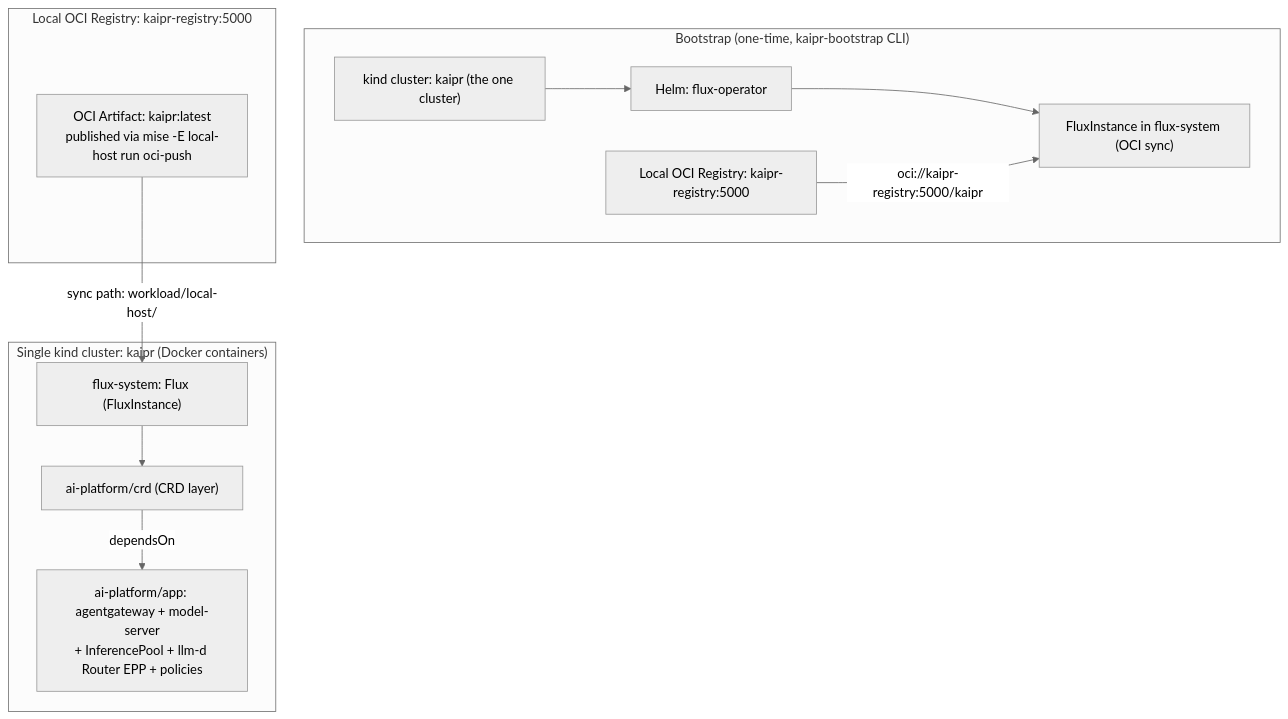
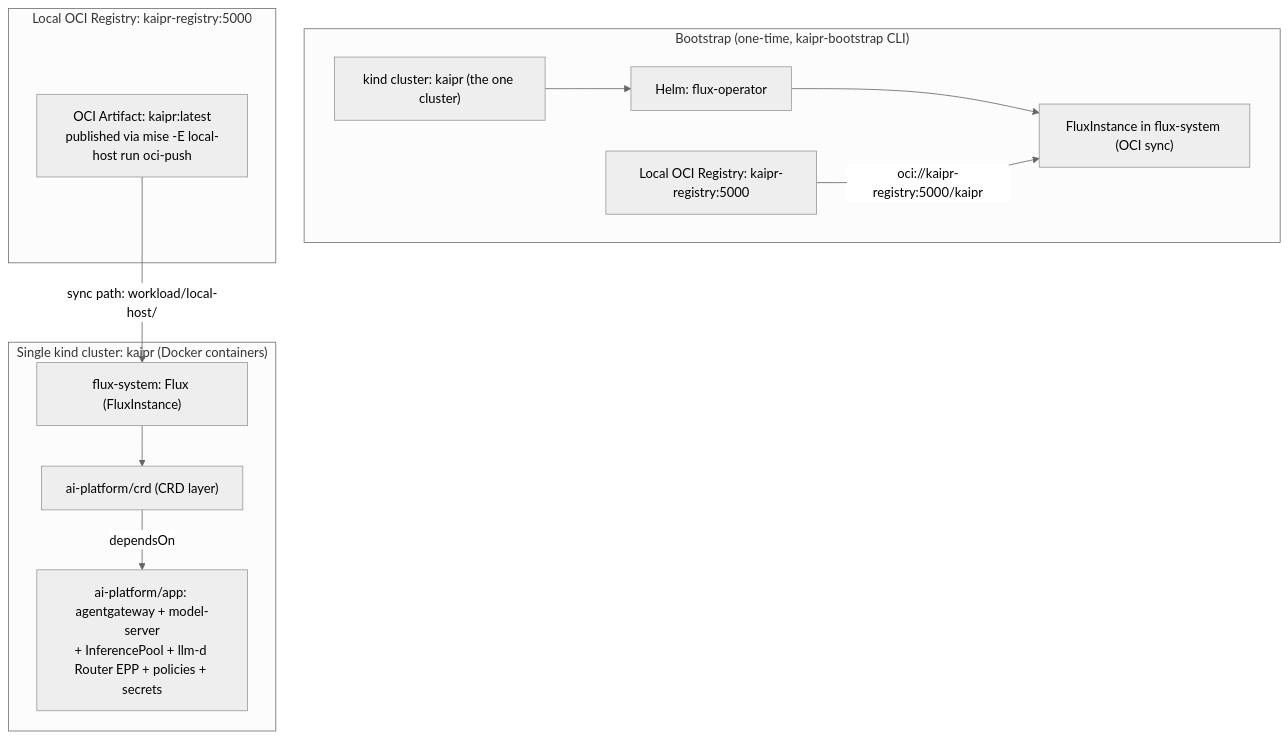
Before and after one commit to polarsquad/kaipr: the diagram in docs/architecture.md, drawn with Mermaid (neutral theme). The commit also changed 3 other files, not shown here.

````diff
--- a/docs/architecture.md
+++ b/docs/architecture.md
@@ -45,26 +45,26 @@
 ```mermaid
 flowchart TD
     subgraph bootstrap["Bootstrap (one-time, kaipr-bootstrap CLI)"]
         KIND["kind cluster: kaipr (the one cluster)"]
         REG["Local OCI Registry: kaipr-registry:5000"]
         HELM["Helm: flux-operator"]
         FI["FluxInstance in flux-system (OCI sync)"]
         KIND --> HELM
         HELM --> FI
         REG -->|oci://kaipr-registry:5000/kaipr| FI
     end
 
     subgraph oci["Local OCI Registry: kaipr-registry:5000"]
         ARTIFACT["OCI Artifact: kaipr:latest<br/>published via mise -E local-host run oci-push"]
     end
 
     subgraph cluster["Single kind cluster: kaipr (Docker containers)"]
         FS["flux-system: Flux (FluxInstance)"]
         CRD["ai-platform/crd (CRD layer)"]
-        APP["ai-platform/app: agentgateway + model-server<br/>+ InferencePool + llm-d Router EPP + policies"]
+        APP["ai-platform/app: agentgateway + model-server<br/>+ InferencePool + llm-d Router EPP + policies + secrets"]
         FS --> CRD
         CRD -->|dependsOn| APP
     end
 
     ARTIFACT -->|sync path: workload/local-host/| FS
 ```
````
